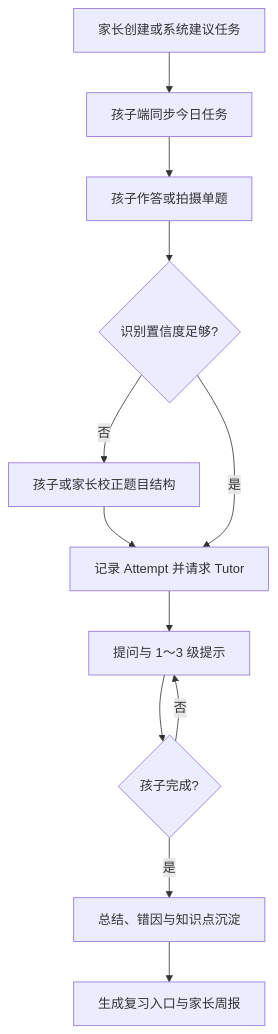
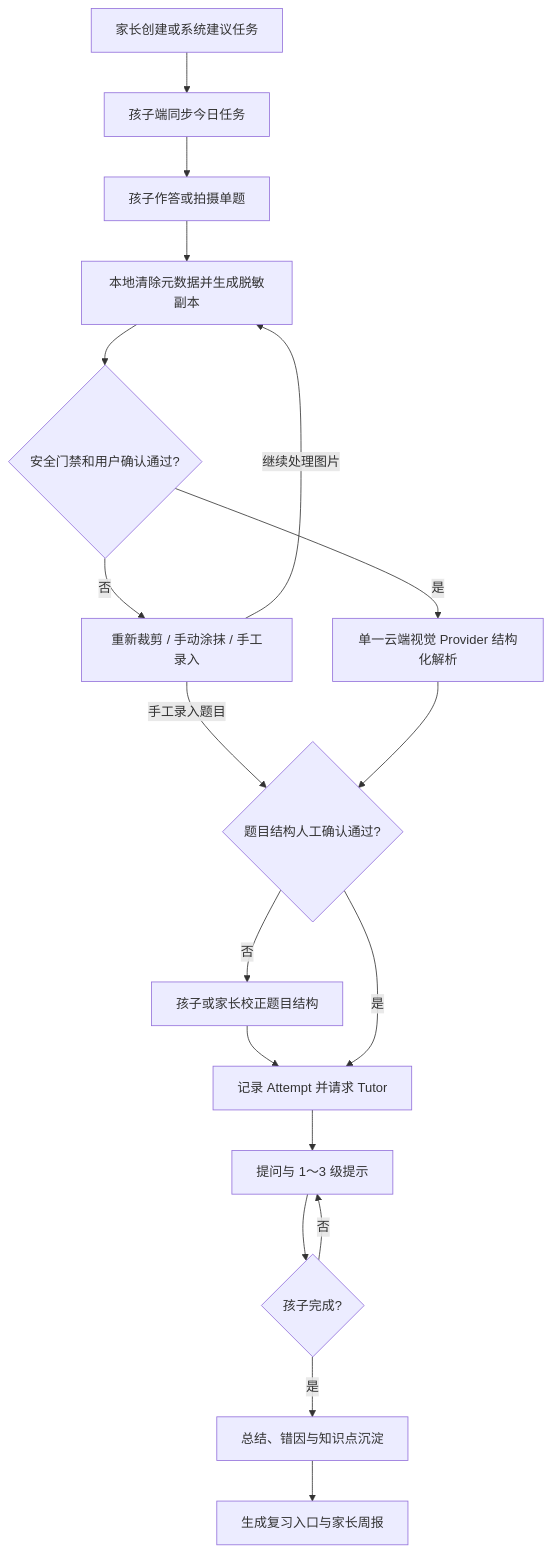
One commit to yubinhong/AIStudy changed the diagram in PRD.md. Above: the diagram before and after it, drawn with Mermaid. The commit also changed other lines of this file and 125 other files, not shown here.

````diff
--- a/PRD.md
+++ b/PRD.md
@@ -72,14 +79,20 @@
 ```mermaid
 flowchart TD
     A["家长创建或系统建议任务"] --> B["孩子端同步今日任务"]
     B --> C["孩子作答或拍摄单题"]
-    C --> D{"识别置信度足够?"}
-    D -->|否| E["孩子或家长校正题目结构"]
-    E --> F["记录 Attempt 并请求 Tutor"]
-    D -->|是| F
-    F --> G["提问与 1～3 级提示"]
-    G --> H{"孩子完成?"}
-    H -->|否| G
-    H -->|是| I["总结、错因与知识点沉淀"]
-    I --> J["生成复习入口与家长周报"]
+    C --> D["本地清除元数据并生成脱敏副本"]
+    D --> E{"安全门禁和用户确认通过?"}
+    E -->|否| F["重新裁剪 / 手动涂抹 / 手工录入"]
+    F -->|继续处理图片| D
+    F -->|手工录入题目| H
+    E -->|是| G["单一云端视觉 Provider 结构化解析"]
+    G --> H{"题目结构人工确认通过?"}
+    H -->|否| I["孩子或家长校正题目结构"]
+    I --> J["记录 Attempt 并请求 Tutor"]
+    H -->|是| J
+    J --> K["提问与 1～3 级提示"]
+    K --> L{"孩子完成?"}
+    L -->|否| K
+    L -->|是| M["总结、错因与知识点沉淀"]
+    M --> N["生成复习入口与家长周报"]
 ```
````
